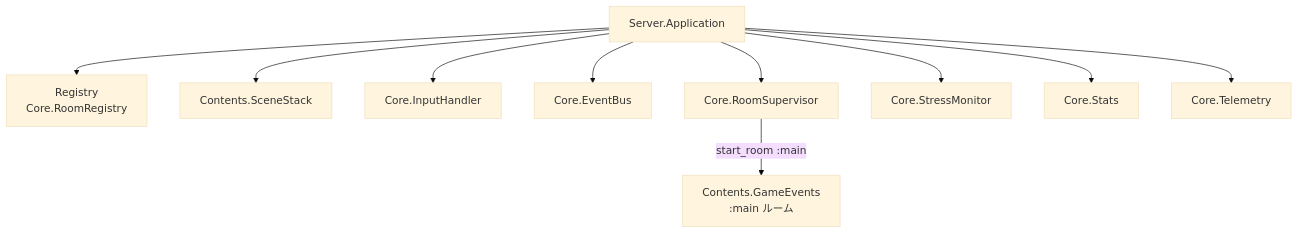
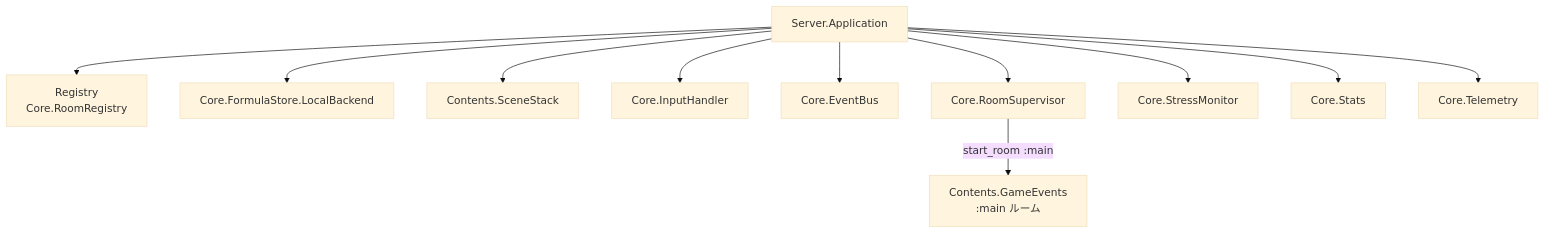
One commit to FRICK-ELDY/alchemy-engine changed the second of 2 diagrams in docs/architecture/elixir/server.md. Above: the diagram before and after it, drawn with Mermaid (base theme). The commit also changed other lines of this file and 4 other files, not shown here.

````diff
--- a/docs/architecture/elixir/server.md
+++ b/docs/architecture/elixir/server.md
@@ -27,23 +27,25 @@
 ```mermaid
 graph TD
     APP[Server.Application]
     REG[Registry<br/>Core.RoomRegistry]
+    FS[Core.FormulaStore.LocalBackend]
     SS[Contents.SceneStack]
     IH[Core.InputHandler]
     EB[Core.EventBus]
     RS[Core.RoomSupervisor]
     GEV[Contents.GameEvents<br/>:main ルーム]
     MON[Core.StressMonitor]
     STATS[Core.Stats]
     TEL[Core.Telemetry]
 
     APP --> REG
+    APP --> FS
     APP --> SS
     APP --> IH
     APP --> EB
     APP --> RS
     RS -->|start_room :main| GEV
     APP --> MON
     APP --> STATS
     APP --> TEL
 ```
````
